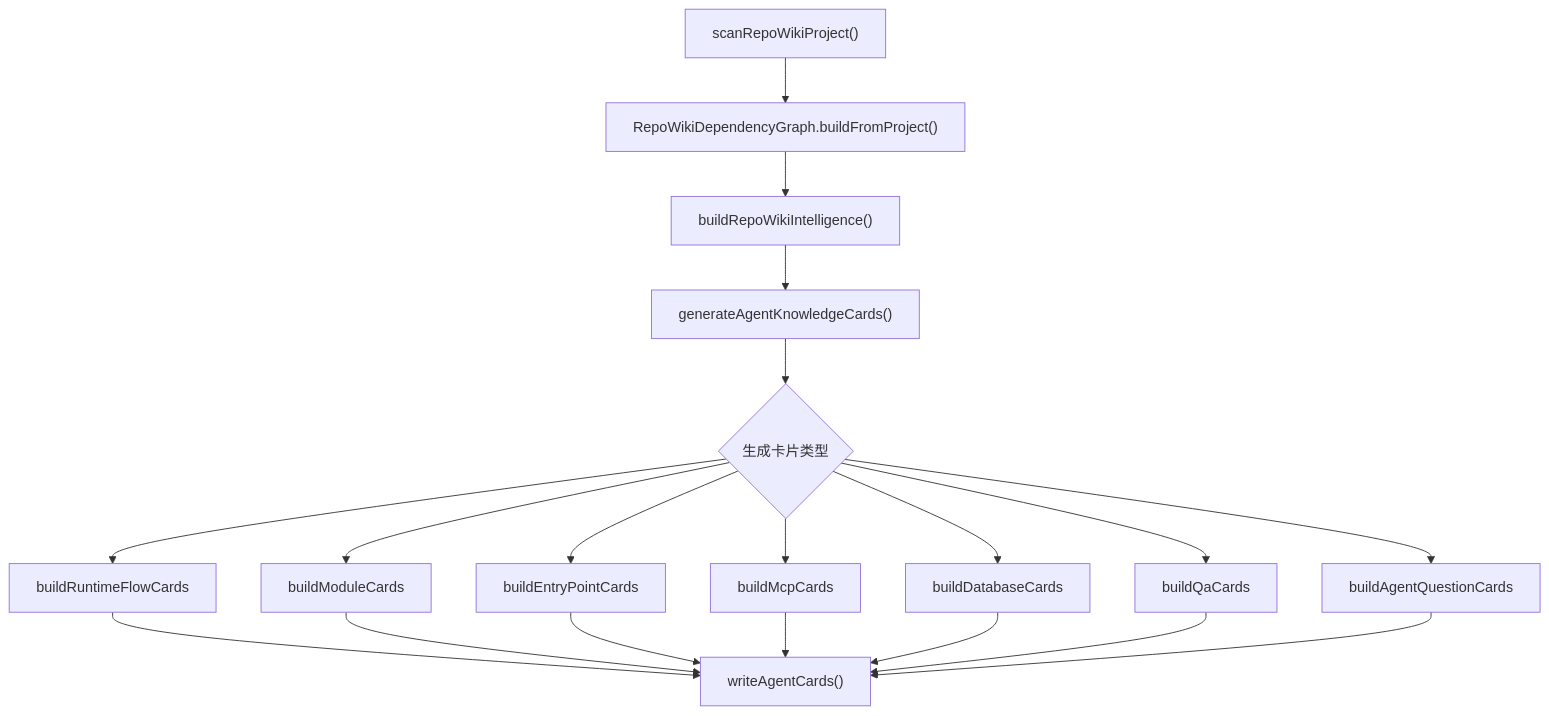
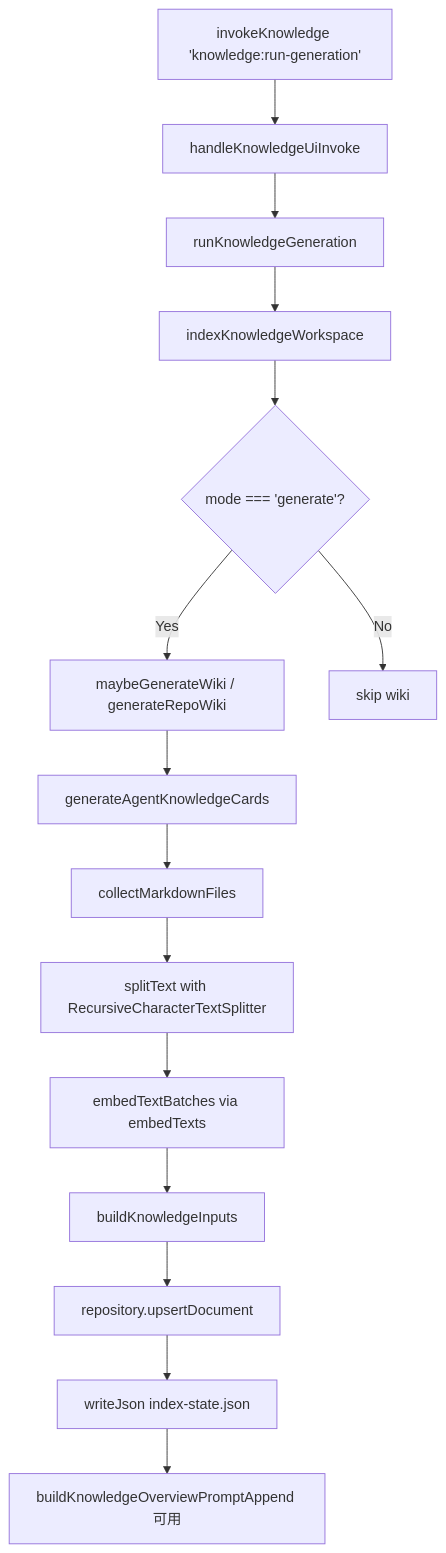
Before and after one commit to lst016/tech-cc-hub: the diagram in .tech/repowiki/zh/content/核心模块规格/知识库前端交互总览/知识库前端交互总览.md, drawn with Mermaid. The commit also changed other lines of this file and 195 other files, not shown here.

````diff
--- a/.tech/repowiki/zh/content/核心模块规格/知识库前端交互总览/知识库前端交互总览.md
+++ b/.tech/repowiki/zh/content/核心模块规格/知识库前端交互总览/知识库前端交互总览.md
@@ -317,21 +172,17 @@
 ```mermaid
 flowchart TD
-    A["scanRepoWikiProject()"] --> B["RepoWikiDependencyGraph.buildFromProject()"]
-    B --> C["buildRepoWikiIntelligence()"]
-    C --> D["generateAgentKnowledgeCards()"]
-    D --> E{"生成卡片类型"}
-    E --> F["buildRuntimeFlowCards"]
-    E --> G["buildModuleCards"]
-    E --> H["buildEntryPointCards"]
-    E --> I["buildMcpCards"]
-    E --> J["buildDatabaseCards"]
-    E --> K["buildQaCards"]
-    E --> L["buildAgentQuestionCards"]
-    F --> M["writeAgentCards()"]
-    G --> M
-    H --> M
-    I --> M
-    J --> M
-    K --> M
-    L --> M
+    A[invokeKnowledge 'knowledge:run-generation'] --> B[handleKnowledgeUiInvoke]
+    B --> C[runKnowledgeGeneration]
+    C --> D[indexKnowledgeWorkspace]
+    D --> E{mode === 'generate'?}
+    E -->|Yes| F[maybeGenerateWiki / generateRepoWiki]
+    E -->|No| G[skip wiki]
+    F --> H[generateAgentKnowledgeCards]
+    H --> I[collectMarkdownFiles]
+    I --> J[splitText with RecursiveCharacterTextSplitter]
+    J --> K[embedTextBatches via embedTexts]
+    K --> L[buildKnowledgeInputs]
+    L --> M[repository.upsertDocument]
+    M --> N[writeJson index-state.json]
+    N --> O[buildKnowledgeOverviewPromptAppend 可用]
 ```
````
